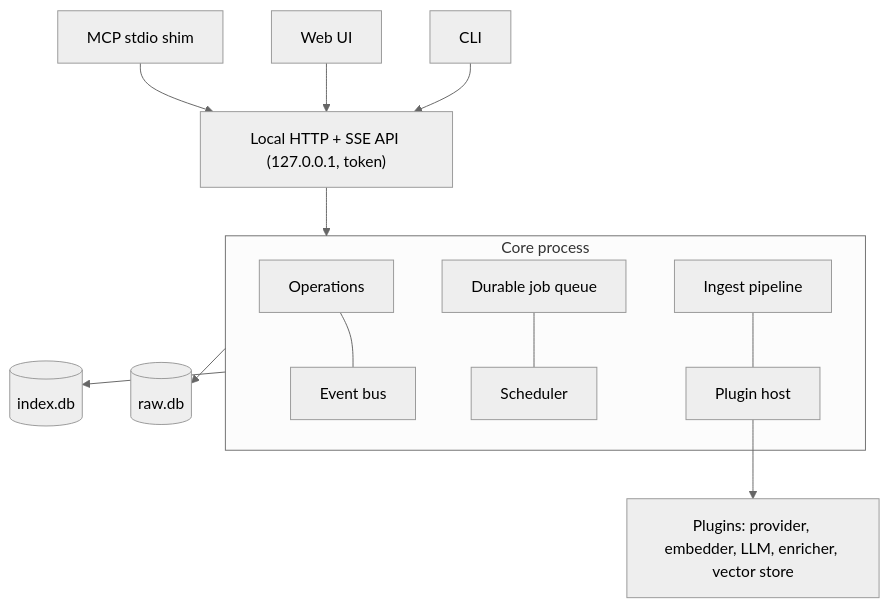
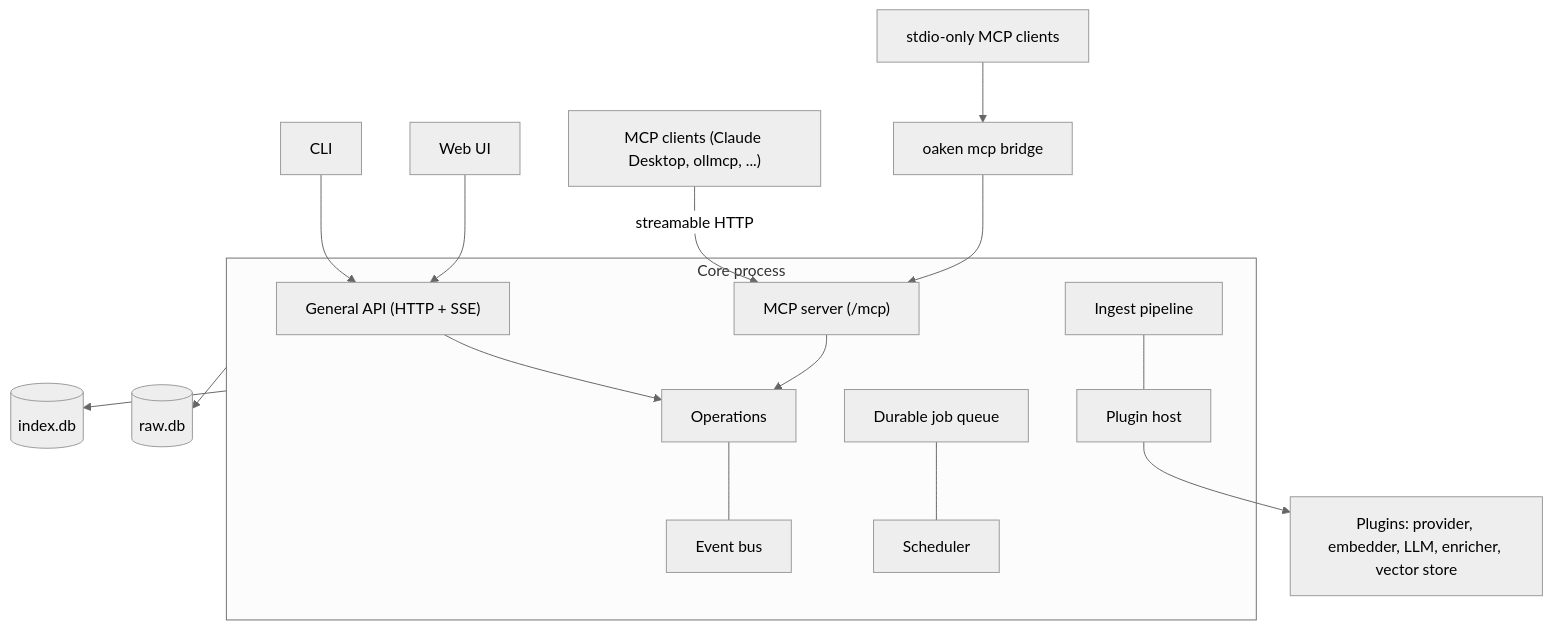
The diagram in docs/architecture/overview.md (dfoulks1/oaken-mail), drawn with Mermaid (neutral theme) before and after one commit. The commit also changed other lines of this file and 14 other files, not shown here.

First line of the commit message:
docs: make the MCP server a core component (ADR 0004)

````diff
--- a/docs/architecture/overview.md
+++ b/docs/architecture/overview.md
@@ -17,15 +21,17 @@
 ```mermaid
 flowchart TD
     CLI[CLI] --> API
     WEB[Web UI] --> API
-    MCP[MCP stdio shim] --> API
-    API["Local HTTP + SSE API (127.0.0.1, token)"] --> CORE
+    HOSTAPP["MCP clients (Claude Desktop, ollmcp, ...)"] -->|streamable HTTP| MCP
+    STDIO[stdio-only MCP clients] --> BRIDGE["oaken mcp bridge"] --> MCP
     subgraph CORE[Core process]
+        API["General API (HTTP + SSE)"] --> OPS
+        MCP["MCP server (/mcp)"] --> OPS
         OPS[Operations] --- BUS[Event bus]
         JOBS[Durable job queue] --- SCHED[Scheduler]
         ING[Ingest pipeline] --- HOST[Plugin host]
     end
     CORE --> RAW[(raw.db)]
     CORE --> IDX[(index.db)]
     HOST --> PLUG["Plugins: provider, embedder, LLM, enricher, vector store"]
 ```
````
